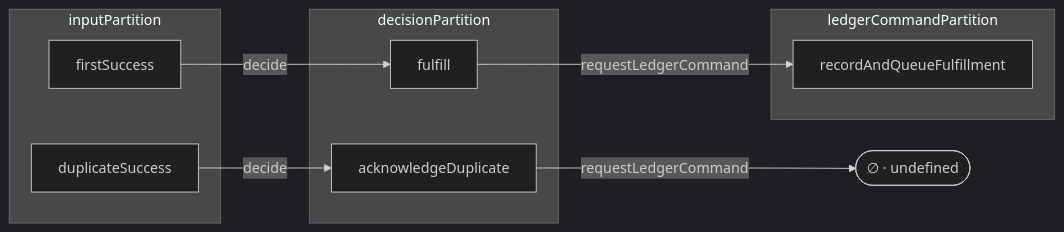
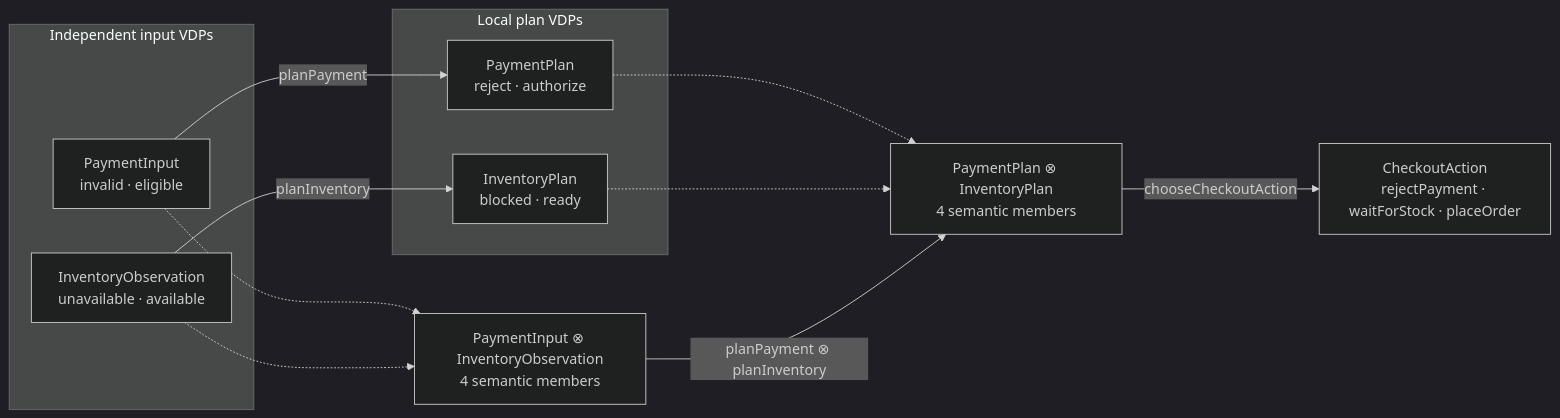
The first of 2 diagrams in README.md (mrvanish97/archiscript), drawn with Mermaid (dark theme) before and after one commit. The commit also changed other lines of this file and 5 other files, not shown here.

````diff
--- a/README.md
+++ b/README.md
@@ -69,19 +388,27 @@
 ```mermaid
 flowchart LR
-  subgraph INPUT["inputPartition"]
-    A["firstSuccess"]
-    B["duplicateSuccess"]
+  subgraph INPUTS["Independent input VDPs"]
+    PI["PaymentInput<br/>invalid · eligible"]
+    II["InventoryObservation<br/>unavailable · available"]
   end
-  subgraph DECISION["decisionPartition"]
-    F["fulfill"]
-    D["acknowledgeDuplicate"]
+
+  subgraph PLANS["Local plan VDPs"]
+    PP["PaymentPlan<br/>reject · authorize"]
+    IP["InventoryPlan<br/>blocked · ready"]
   end
-  subgraph LEDGER["ledgerCommandPartition"]
-    L["recordAndQueueFulfillment"]
-  end
-  U(["∅ · undefined"])
-  A -->|"decide"| F
-  B -->|"decide"| D
-  F -->|"requestLedgerCommand"| L
-  D -->|"requestLedgerCommand"| U
+
+  JOINT_IN["PaymentInput ⊗ InventoryObservation<br/>4 semantic members"]
+  JOINT_PLAN["PaymentPlan ⊗ InventoryPlan<br/>4 semantic members"]
+  ACTION["CheckoutAction<br/>rejectPayment · waitForStock · placeOrder"]
+
+  PI -->|"planPayment"| PP
+  II -->|"planInventory"| IP
+
+  PI -.-> JOINT_IN
+  II -.-> JOINT_IN
+  PP -.-> JOINT_PLAN
+  IP -.-> JOINT_PLAN
+
+  JOINT_IN -->|"planPayment ⊗ planInventory"| JOINT_PLAN
+  JOINT_PLAN -->|"chooseCheckoutAction"| ACTION
 ```
````
